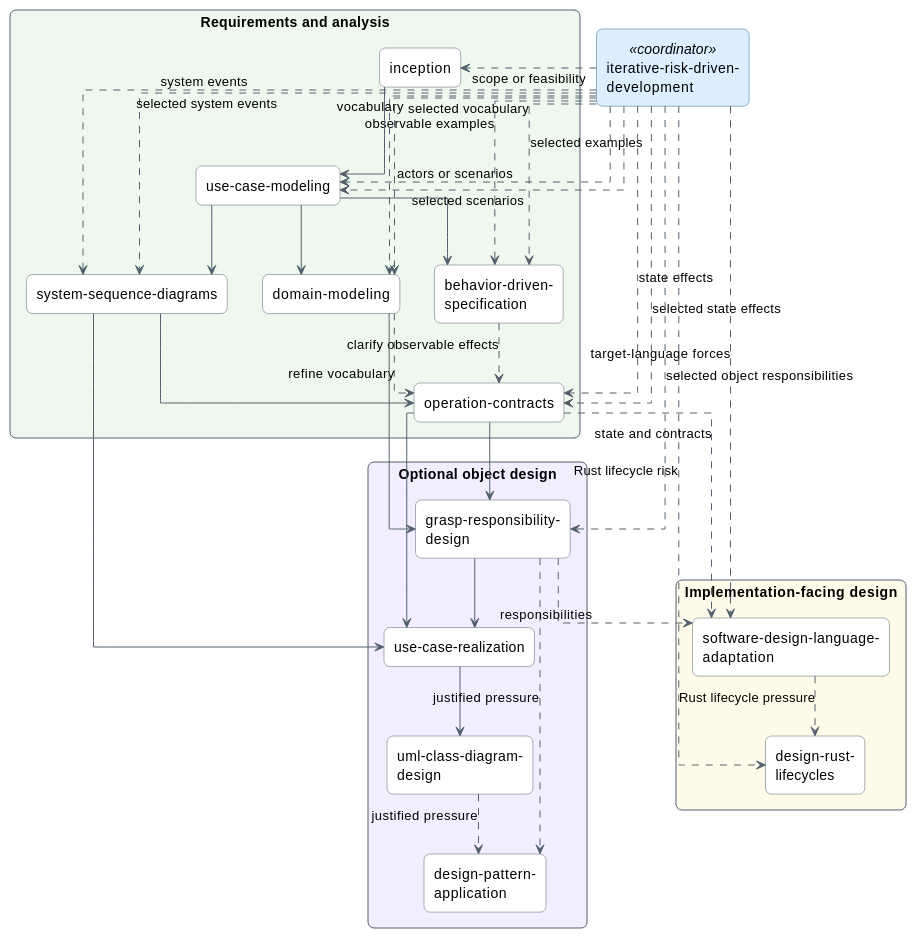
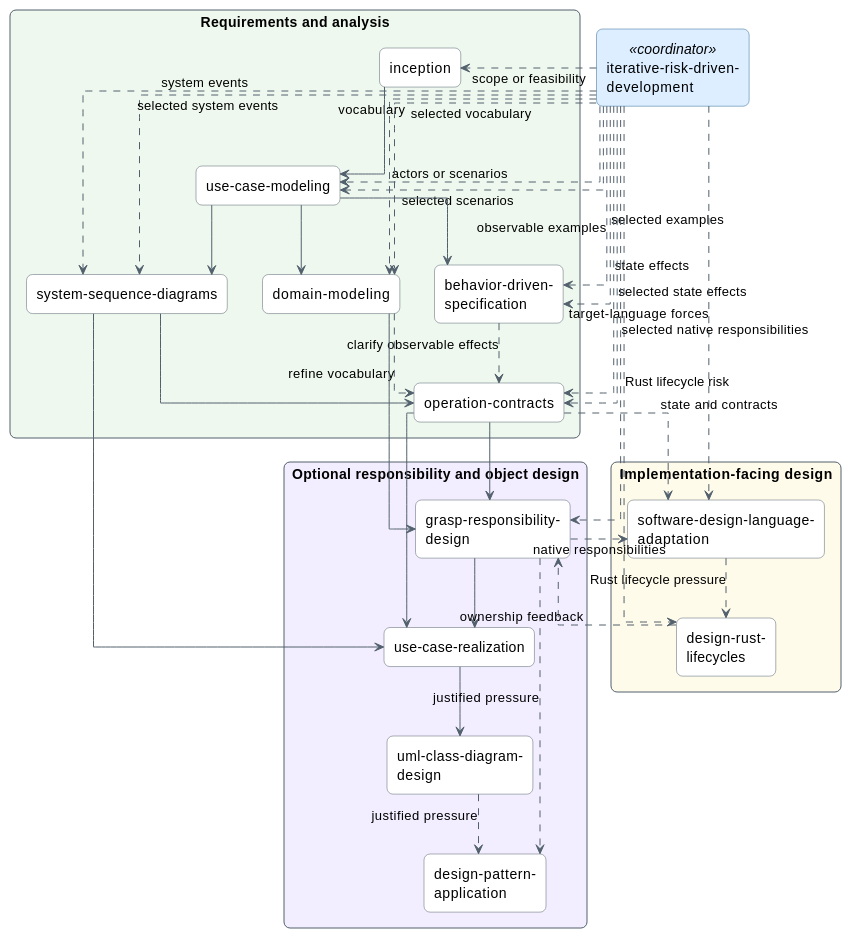
The third of 5 diagrams in catalog/skill-relationships.md (sirius-cc-wu/sirius-skills), drawn with PlantUML before and after one commit. The commit also changed other lines of this file and 33 other files, not shown here.

````diff
--- a/catalog/skill-relationships.md
+++ b/catalog/skill-relationships.md
@@ -219,77 +224,78 @@
 ```plantuml
 @startuml iterative-design-skill-relationships
 top to bottom direction
 
 skinparam backgroundColor #FFFFFF
 skinparam shadowing false
 skinparam packageStyle rectangle
 skinparam linetype ortho
 skinparam defaultFontName Arial
 skinparam ArrowColor #52606D
 skinparam rectangle {
   BackgroundColor #FFFFFF
   BorderColor #52606D
   RoundCorner 12
 }
 skinparam rectangle<<coordinator>> {
   BackgroundColor #DCEEFF
   BorderColor #2F6690
 }
 
 rectangle "iterative-risk-driven-\ndevelopment" as iterative <<coordinator>>
 
 package "Requirements and analysis" #EEF8EE {
   rectangle "inception" as inception
   rectangle "use-case-modeling" as usecases
   rectangle "behavior-driven-\nspecification" as behavior
   rectangle "domain-modeling" as domain
   rectangle "system-sequence-diagrams" as ssd
   rectangle "operation-contracts" as contracts
 }
 
-package "Optional object design" #F3EEFF {
+package "Optional responsibility and object design" #F3EEFF {
   rectangle "grasp-responsibility-\ndesign" as grasp
   rectangle "use-case-realization" as realization
   rectangle "uml-class-diagram-\ndesign" as classdiagram
   rectangle "design-pattern-\napplication" as patterns
 }
 
 package "Implementation-facing design" #FFFBEA {
   rectangle "software-design-language-\nadaptation" as language
   rectangle "design-rust-\nlifecycles" as rust
 }
 
 iterative ..> inception : scope or feasibility
 iterative ..> usecases : actors or scenarios
 iterative ..> behavior : observable examples
 iterative ..> domain : vocabulary
 iterative ..> ssd : system events
 iterative ..> contracts : state effects
 iterative ..> language : target-language forces
 iterative ..> rust : Rust lifecycle risk
 iterative ..> usecases : selected scenarios
 iterative ..> behavior : selected examples
 iterative ..> domain : selected vocabulary
 iterative ..> ssd : selected system events
 iterative ..> contracts : selected state effects
-iterative ..> grasp : selected object responsibilities
+iterative ..> grasp : selected native responsibilities
 inception --> usecases
 usecases --> behavior
 usecases --> domain
 usecases --> ssd
 behavior ..> contracts : clarify observable effects
 domain ..> contracts : refine vocabulary
 ssd --> contracts
 domain --> grasp
 contracts --> grasp
 ssd --> realization
 contracts --> realization
 grasp --> realization
 realization --> classdiagram
 grasp ..> patterns : justified pressure
 classdiagram ..> patterns : justified pressure
 contracts ..> language : state and contracts
-grasp ..> language : responsibilities
+grasp ..> language : native responsibilities
 language ..> rust : Rust lifecycle pressure
+rust ..> grasp : ownership feedback
 @enduml
 ```
````
